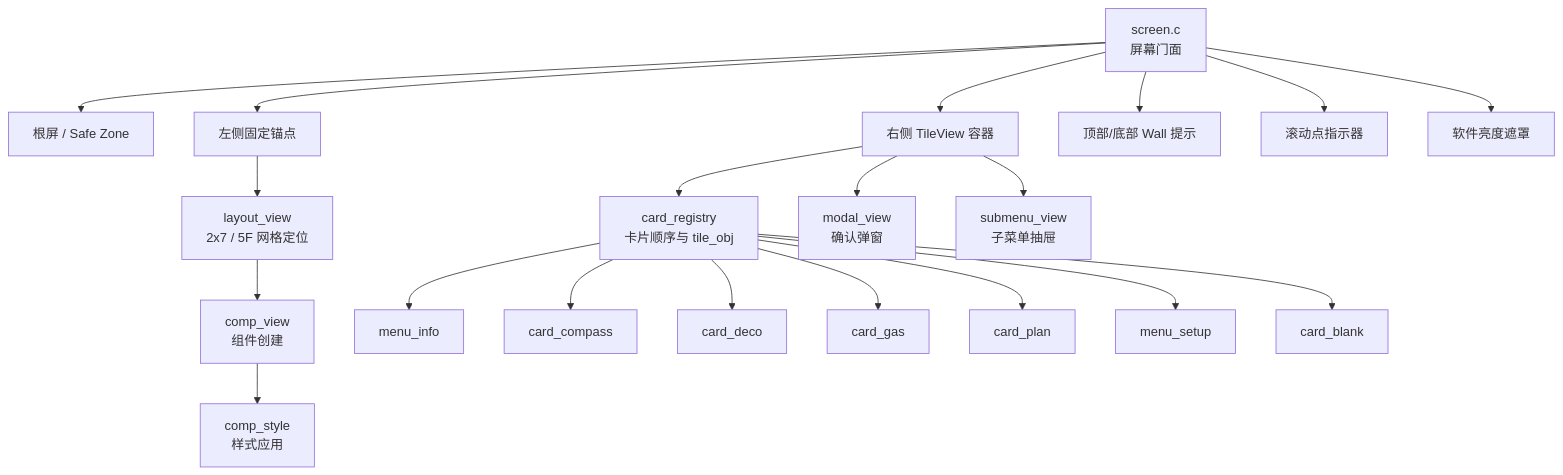
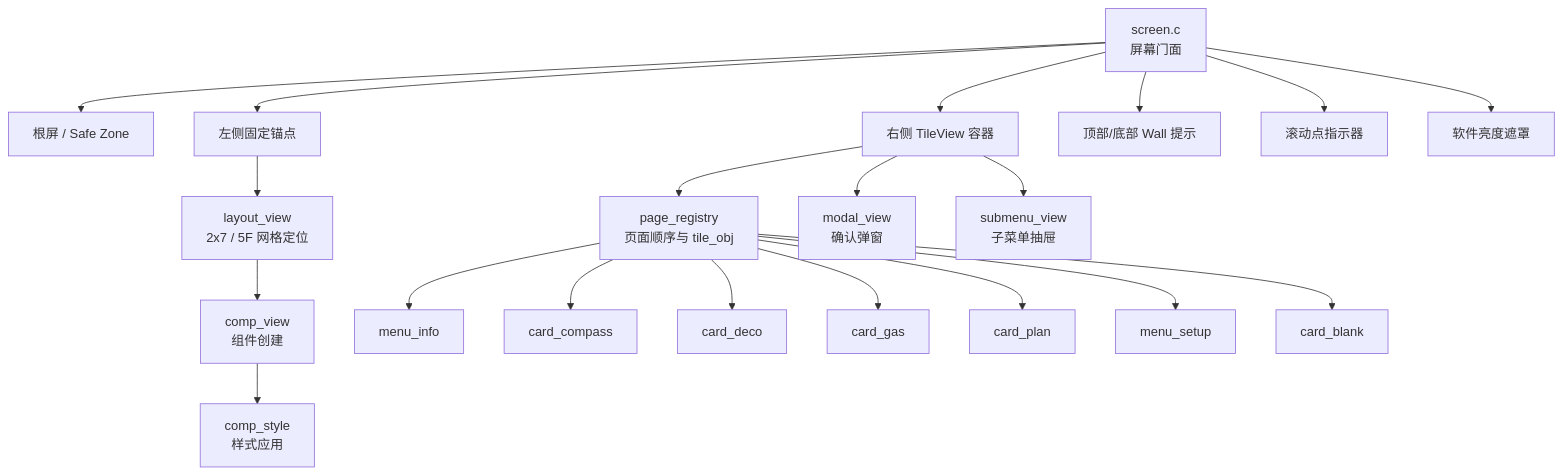
Before and after one commit to arexvision/lv_port_win_codeblocks-release-v8.3_hasGroup: the third of 6 diagrams in UI_html_DOC/UI_MODULE_MAP.md, drawn with Mermaid. The commit also changed other lines of this file and 21 other files, not shown here.

````diff
--- a/UI_html_DOC/UI_MODULE_MAP.md
+++ b/UI_html_DOC/UI_MODULE_MAP.md
@@ -70,25 +70,25 @@
 ```mermaid
 flowchart TB
     Screen["screen.c<br/>屏幕门面"] --> Root["根屏 / Safe Zone"]
     Screen --> Left["左侧固定锚点"]
     Screen --> Right["右侧 TileView 容器"]
     Screen --> Walls["顶部/底部 Wall 提示"]
     Screen --> Dots["滚动点指示器"]
     Screen --> Brightness["软件亮度遮罩"]
 
     Left --> LayoutGrid["layout_view<br/>2x7 / 5F 网格定位"]
     LayoutGrid --> WidgetFactory["comp_view<br/>组件创建"]
     WidgetFactory --> WidgetStyle["comp_style<br/>样式应用"]
 
-    Right --> Registry["card_registry<br/>卡片顺序与 tile_obj"]
+    Right --> Registry["page_registry<br/>页面顺序与 tile_obj"]
     Registry --> Info["menu_info"]
     Registry --> Compass["card_compass"]
     Registry --> Deco["card_deco"]
     Registry --> Gas["card_gas"]
     Registry --> Plan["card_plan"]
     Registry --> Setup["menu_setup"]
     Registry --> Blank["card_blank"]
 
     Right --> Modal["modal_view<br/>确认弹窗"]
     Right --> Submenu["submenu_view<br/>子菜单抽屉"]
 ```
````
